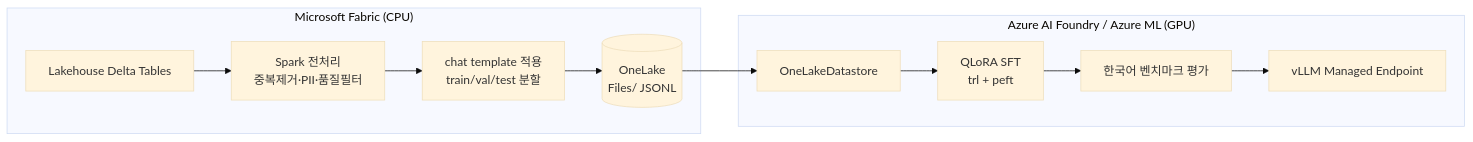
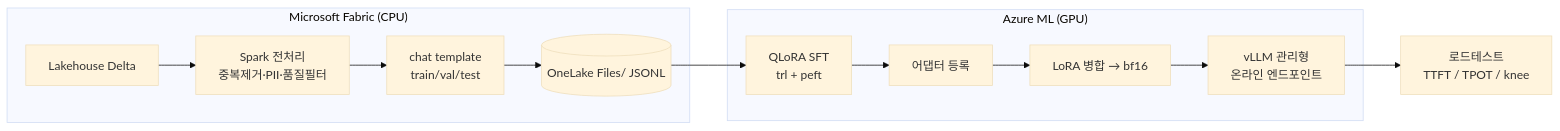
The diagram in README.md (EON-LEE/azure-hf-sllm-finetune-workshop), drawn with Mermaid (base theme) before and after one commit. The commit also changed other lines of this file and 31 other files, not shown here.

````diff
--- a/README.md
+++ b/README.md
@@ -31,14 +105,15 @@
 ```mermaid
 flowchart LR
     subgraph FABRIC["Microsoft Fabric (CPU)"]
-        A[Lakehouse Delta Tables] --> B[Spark 전처리<br/>중복제거·PII·품질필터]
-        B --> C[chat template 적용<br/>train/val/test 분할]
-        C --> D[(OneLake<br/>Files/ JSONL)]
+        A[Lakehouse Delta] --> B[Spark 전처리<br/>중복제거·PII·품질필터]
+        B --> C[chat template<br/>train/val/test]
+        C --> D[(OneLake Files/ JSONL)]
     end
-    subgraph FOUNDRY["Azure AI Foundry / Azure ML (GPU)"]
-        D --> E[OneLakeDatastore]
-        E --> F[QLoRA SFT<br/>trl + peft]
-        F --> G[한국어 벤치마크 평가]
-        G --> H[vLLM Managed Endpoint]
+    subgraph AML["Azure ML (GPU)"]
+        D --> E[QLoRA SFT<br/>trl + peft]
+        E --> F[어댑터 등록]
+        F --> G[LoRA 병합 → bf16]
+        G --> H[vLLM 관리형<br/>온라인 엔드포인트]
     end
+    H --> I[로드테스트<br/>TTFT / TPOT / knee]
 ```
````
